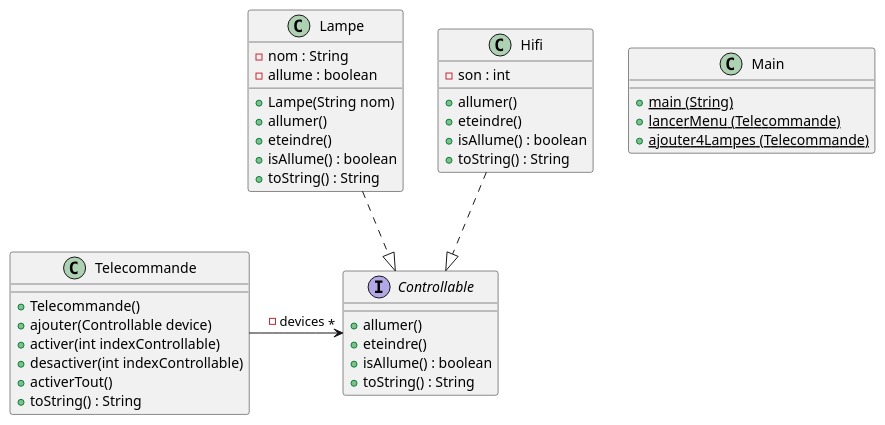
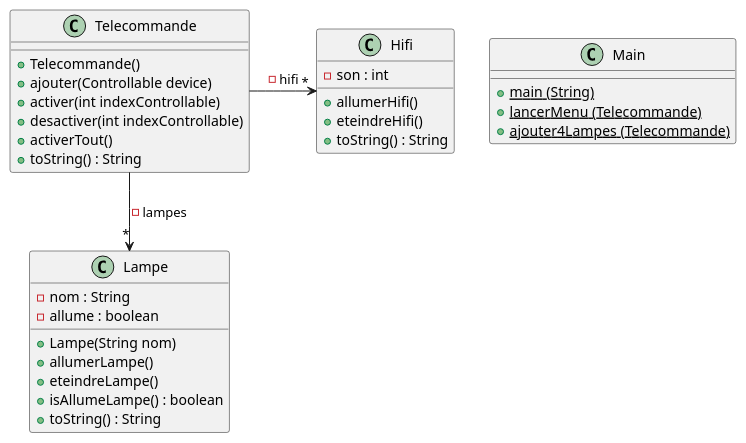
One commit to Hugo-COLLIN/BUT_S2_COO_domotique changed the diagram in Domotique/ressource/diagClasse.plantuml. Above: the diagram before and after it, drawn with PlantUML. The commit also changed 1 other file, not shown here.

Commit message:
Modif PlantUML

```diff
--- a/Domotique/ressource/diagClasse.plantuml
+++ b/Domotique/ressource/diagClasse.plantuml
@@ -1,51 +1,38 @@
 @startuml
-
-interface Controllable {
-    + allumer()
-    + eteindre()
-    + isAllume() : boolean
-    + toString() : String
-}
 
 class Lampe {
     - nom : String
     - allume : boolean
     + Lampe(String nom)
-    + allumer()
-    + eteindre()
-    + isAllume() : boolean
+    + allumerLampe()
+    + eteindreLampe()
+    + isAllumeLampe() : boolean
     + toString() : String
 }
 
 class Hifi {
     - son : int
-    + allumer()
-    + eteindre()
-    + isAllume() : boolean
+    + allumerHifi()
+    + eteindreHifi()
     + toString() : String
 }
 
 class Telecommande {
     + Telecommande()
     + ajouter(Controllable device)
     + activer(int indexControllable)
     + desactiver(int indexControllable)
     + activerTout()
     + toString() : String
 }
 
-
-
 class Main {
     + main (String) {static}
     + lancerMenu (Telecommande) {static}
     + ajouter4Lampes (Telecommande) {static}
 }
 
-Telecommande -> "*" Controllable : - devices
-
-Lampe ..|> Controllable
-Hifi ..|> Controllable
-
+Telecommande --> "*" Lampe : - lampes
+Telecommande -> "*" Hifi : - hifi
 
 @enduml
```
